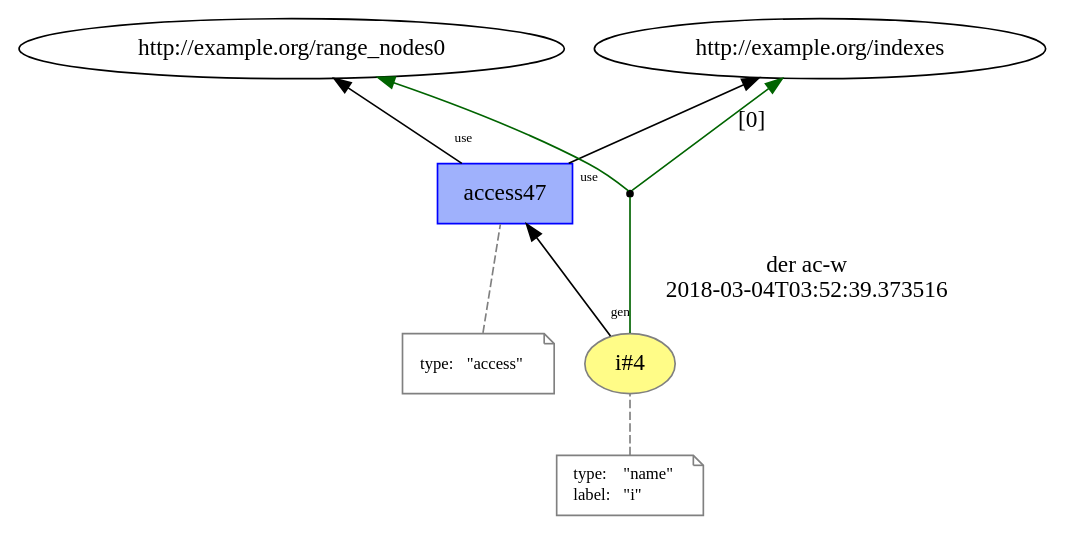
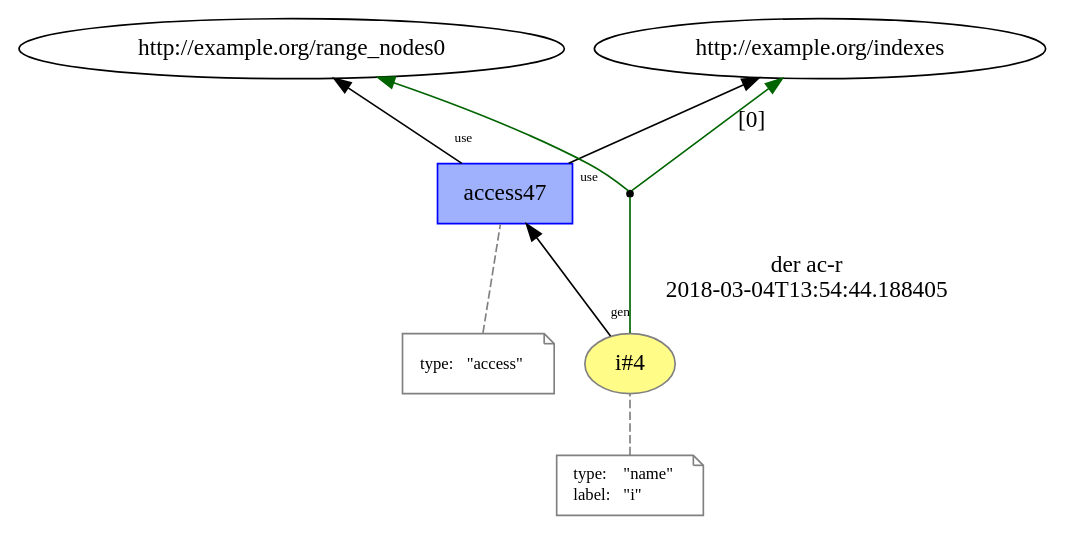
The diagram in intertwined_prov/temp/L11__loop_access_4.dot (dew-uff/versioned-prov), drawn with Graphviz before and after one commit. The commit also changed 714 other files, not shown here.

```diff
--- a/intertwined_prov/temp/L11__loop_access_4.dot
+++ b/intertwined_prov/temp/L11__loop_access_4.dot
@@ -1,30 +1,30 @@
 digraph "PROV" { size="16,12"; rankdir="BT";
 "http://example.org/i#4" [fillcolor="#FFFC87",color="#808080",style="filled",label="i#4",URL="http://example.org/i#4"]
 "-attrs0" [color="gray",shape="note",fontsize="10",fontcolor="black",label=<<TABLE cellpadding="0" border="0">
 	<TR>
 	    <TD align="left">type:</TD>
 	    <TD align="left">&quot;name&quot;</TD>
 	</TR>
 	<TR>
 	    <TD align="left">label:</TD>
 	    <TD align="left">&quot;i&quot;</TD>
 	</TR>
 </TABLE>>]
 "-attrs0" -> "http://example.org/i#4" [color="gray",style="dashed",arrowhead="none"]
 "http://example.org/access47" [fillcolor="#9FB1FC",color="#0000FF",shape="polygon",sides="4",style="filled",label="access47",URL="http://example.org/access47"]
 "-attrs1" [color="gray",shape="note",fontsize="10",fontcolor="black",label=<<TABLE cellpadding="0" border="0">
 	<TR>
 	    <TD align="left">type:</TD>
 	    <TD align="left">&quot;access&quot;</TD>
 	</TR>
 </TABLE>>]
 "-attrs1" -> "http://example.org/access47" [color="gray",style="dashed",arrowhead="none"]
 "http://example.org/access47" -> "http://example.org/range_nodes0" [labelfontsize="8",labeldistance="1.5",labelangle="60.0",rotation="20",taillabel="use"]
 "bn0" [shape="point",label=""]
-"http://example.org/i#4" -> "bn0" [arrowhead="none",color="darkgreen",label="der ac-w
-2018-03-04T03:52:39.373516"]
+"http://example.org/i#4" -> "bn0" [arrowhead="none",color="darkgreen",label="der ac-r
+2018-03-04T13:54:44.188405"]
 "bn0" -> "http://example.org/indexes" [labelfontsize="8",labeldistance="1.5",color="darkgreen",labelangle="60.0",rotation="20",label="[0]"]
 "bn0" -> "http://example.org/range_nodes0" [color="darkgreen"]
 "http://example.org/i#4" -> "http://example.org/access47" [labelfontsize="8",labeldistance="1.5",labelangle="60.0",rotation="20",taillabel="gen"]
 "http://example.org/access47" -> "http://example.org/indexes" [labelfontsize="8",labeldistance="1.5",labelangle="60.0",rotation="20",taillabel="use"]
 }
```
